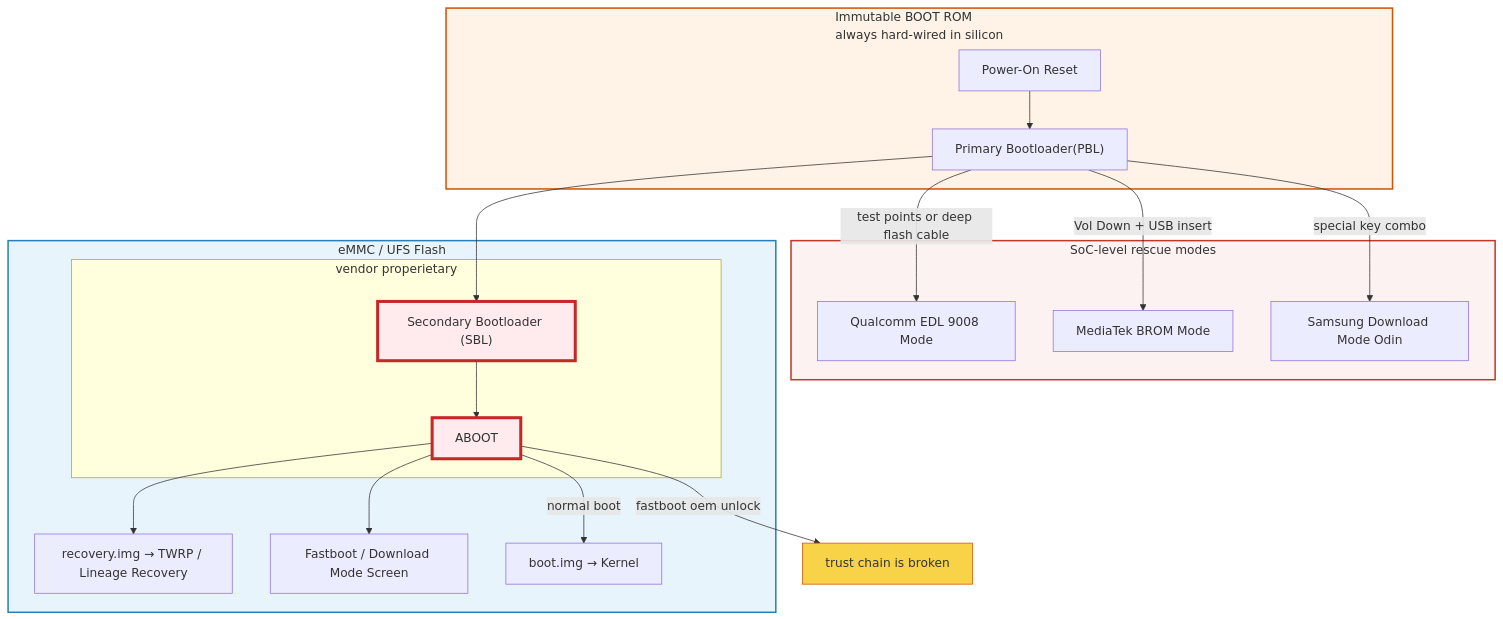
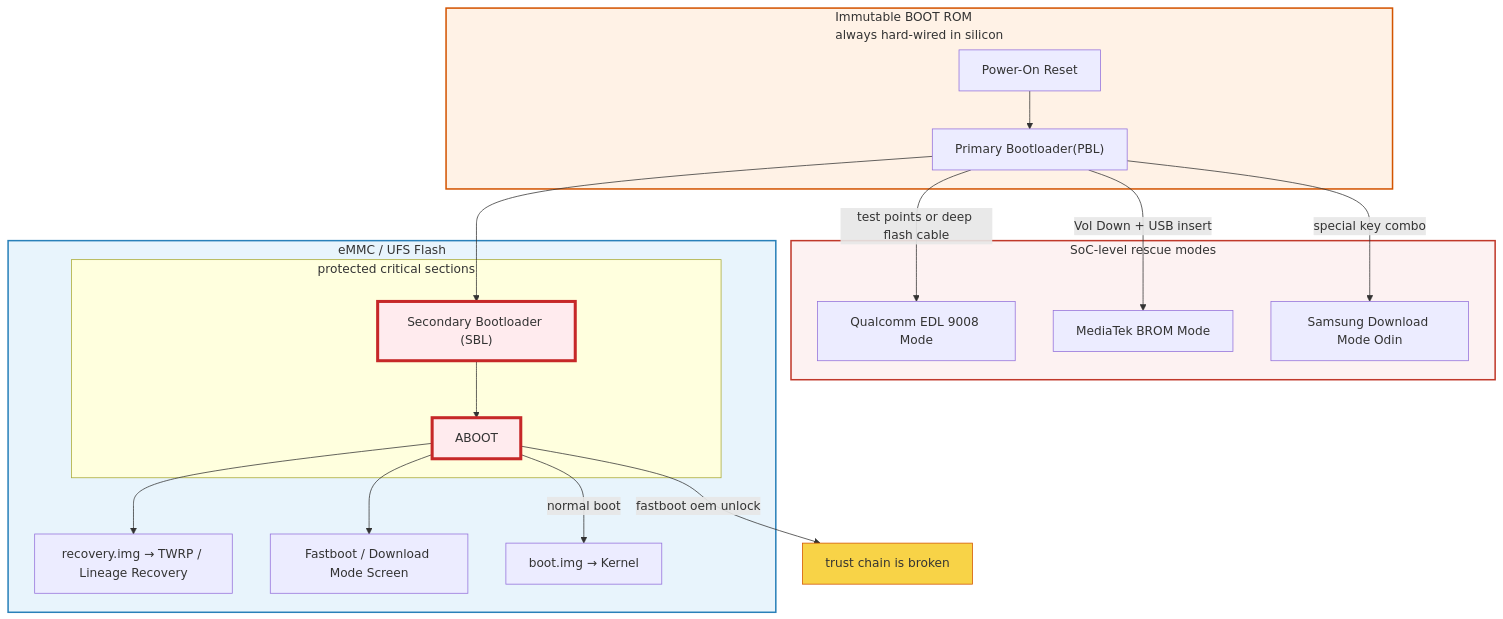
Before and after one commit to nichtsen/bootchain: the diagram in README.md, drawn with Mermaid.

````diff
--- a/README.md
+++ b/README.md
@@ -2,44 +2,44 @@
 ```mermaid
 ---
 config:
   flowchart:
     subGraphTitleMargin:
       bottom: 30
 ---
 flowchart TD
     subgraph Silicon [Immutable BOOT ROM <br> always hard-wired in silicon
 
 ]
         A[Power-On Reset] --> B["Primary Bootloader(PBL)"]
     end
 
     subgraph Flash ["eMMC / UFS Flash"]
         Par
         E[recovery.img → TWRP / Lineage Recovery]
         F[Fastboot / Download Mode Screen]
         D[boot.img → Kernel]
     end
 
     subgraph Rescue ["SoC-level rescue modes"]
         B -->|test points or deep flash cable| G[Qualcomm EDL 9008 Mode]
         B -->|Vol Down + USB insert| H[MediaTek BROM Mode]
         B -->|special key combo| I[Samsung Download Mode Odin]
     end
 
-    subgraph Par["vendor properietary"]
+    subgraph Par["protected critical sections"]
         B --> C["Secondary Bootloader (SBL)"]
         C --> J["ABOOT"]
         J -->|normal boot| D
         J --> E
         J --> F
     end
 
     style Silicon fill:#fff2e6,stroke:#d35400,stroke-width:2px
     style Flash fill:#e8f4fc,stroke:#2980b9,stroke-width:2px
     style Rescue fill:#fdf2f2,stroke:#c0392b,stroke-width:2px
     style C fill:#ffebee,stroke:#c62828,stroke-width:4px
     style J fill:#ffebee,stroke:#c62828,stroke-width:4px
     classDef note fill:#f8d347,stroke:#d35400,stoke-width:5px
     note1["trust chain is broken"]:::note
     J -->|"fastboot oem unlock"| note1
 ```
````
